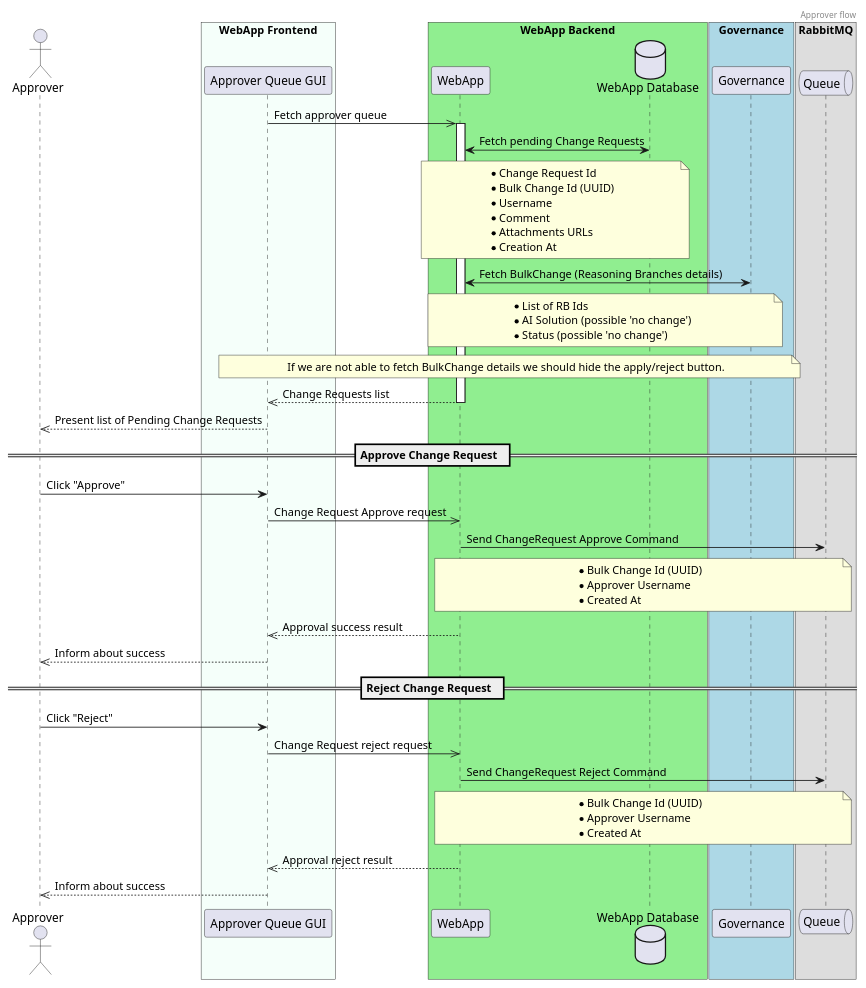
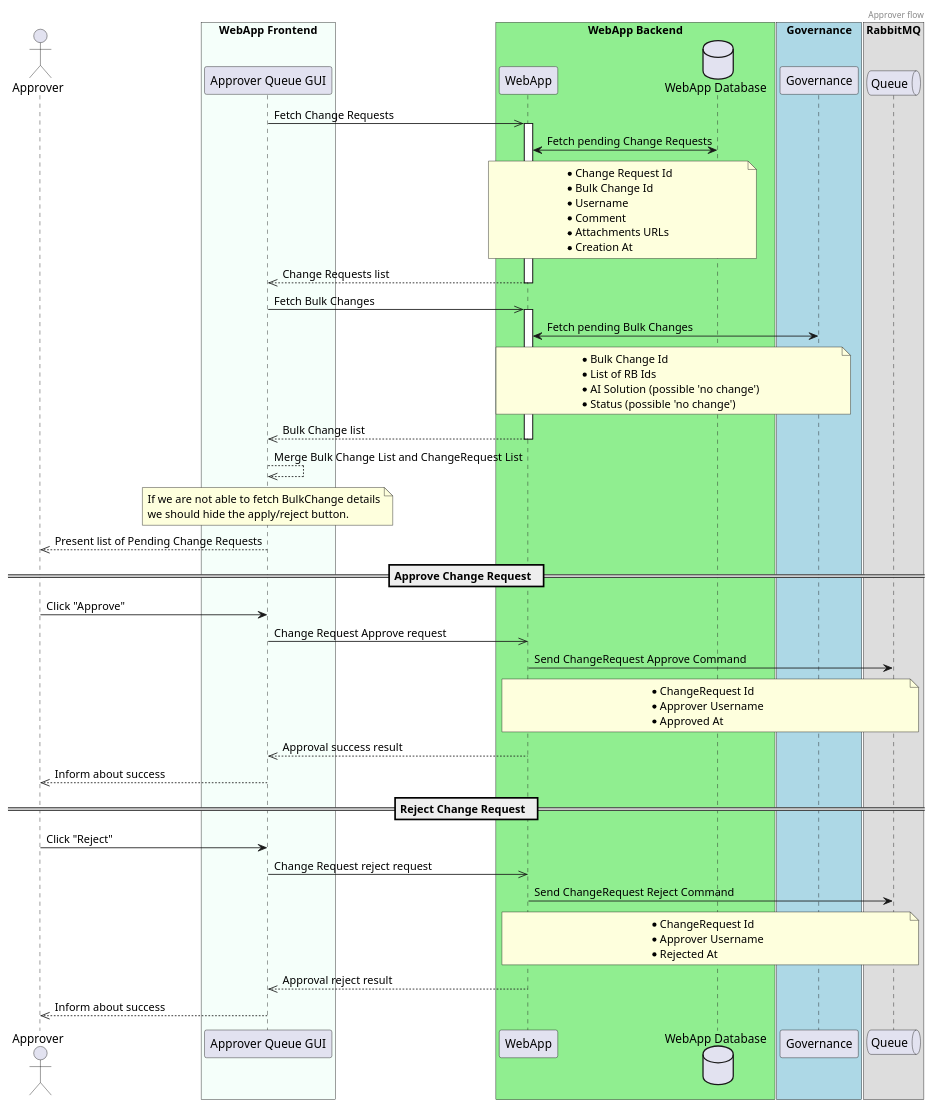
One commit to ngraczykowski/iris-root changed the diagram in modules/webapp/sens-webapp-documentation/src/docs/asciidoc/adrs/diagrams/approver-accept-or-reject-change-request-queue.puml. Above: the diagram before and after it, drawn with PlantUML. The commit also changed 4 other files, not shown here.

First line of the commit message:
INTERNAL: Fix ADR - merging BulkChanges and ChangeRequests

```diff
--- a/modules/webapp/sens-webapp-documentation/src/docs/asciidoc/adrs/diagrams/approver-accept-or-reject-change-request-queue.puml
+++ b/modules/webapp/sens-webapp-documentation/src/docs/asciidoc/adrs/diagrams/approver-accept-or-reject-change-request-queue.puml
@@ -1,84 +1,94 @@
 @startuml
 header Approver flow
 
 actor Approver
 
 box "WebApp Frontend" #MintCream
     participant Frontend as "Approver Queue GUI"
 end box
 
 box "WebApp Backend" #LightGreen
     participant Backend as "WebApp"
     database WebAppDB as "WebApp Database"
 end box
 
 box "Governance" #LightBlue
     participant Governance as "Governance" order 45
 end box
 
 box "RabbitMQ"
     queue Queue order 50
 end box
 
-Frontend ->> Backend : Fetch approver queue
+Frontend ->> Backend : Fetch Change Requests
 
 activate Backend
 Backend <-> WebAppDB : Fetch pending Change Requests
 note over Backend, WebAppDB
     * Change Request Id
-    * Bulk Change Id (UUID)
+    * Bulk Change Id
     * Username
     * Comment
     * Attachments URLs
     * Creation At
 end note
-Backend <-> Governance : Fetch BulkChange (Reasoning Branches details)
+Backend -->> Frontend : Change Requests list
+deactivate Backend
+
+
+Frontend ->> Backend : Fetch Bulk Changes
+activate Backend
+Backend <-> Governance : Fetch pending Bulk Changes
 note over Backend, Governance
+    * Bulk Change Id
     * List of RB Ids
     * AI Solution (possible 'no change')
     * Status (possible 'no change')
 end note
-note over Frontend, Governance
-    If we are not able to fetch BulkChange details we should hide the apply/reject button.
+
+Backend -->> Frontend : Bulk Change list
+deactivate Backend
+
+Frontend -->> Frontend : Merge Bulk Change List and ChangeRequest List
+note over Frontend
+    If we are not able to fetch BulkChange details
+    we should hide the apply/reject button.
 end note
-
-Backend -->> Frontend : Change Requests list
-deactivate Backend
 
 Frontend -->> Approver : Present list of Pending Change Requests
 
 
 ==  Approve Change Request  ==
 
 Approver -> Frontend : Click "Approve"
 Frontend ->> Backend : Change Request Approve request
 
 Backend -> Queue : Send ChangeRequest Approve Command
 note over Backend, Queue
-    * Bulk Change Id (UUID)
+    * ChangeRequest Id
     * Approver Username
-    * Created At
+    * Approved At
 end note
 
 Backend -->> Frontend : Approval success result
 
 Frontend -->> Approver : Inform about success
 
 
 ==  Reject Change Request  ==
 
 Approver -> Frontend : Click "Reject"
 Frontend ->> Backend : Change Request reject request
 
 Backend -> Queue : Send ChangeRequest Reject Command
 note over Backend, Queue
-    * Bulk Change Id (UUID)
+    * ChangeRequest Id
     * Approver Username
-    * Created At
+    * Rejected At
 end note
 
 Backend -->> Frontend : Approval reject result
 
 Frontend -->> Approver : Inform about success
 
 @enduml
```
